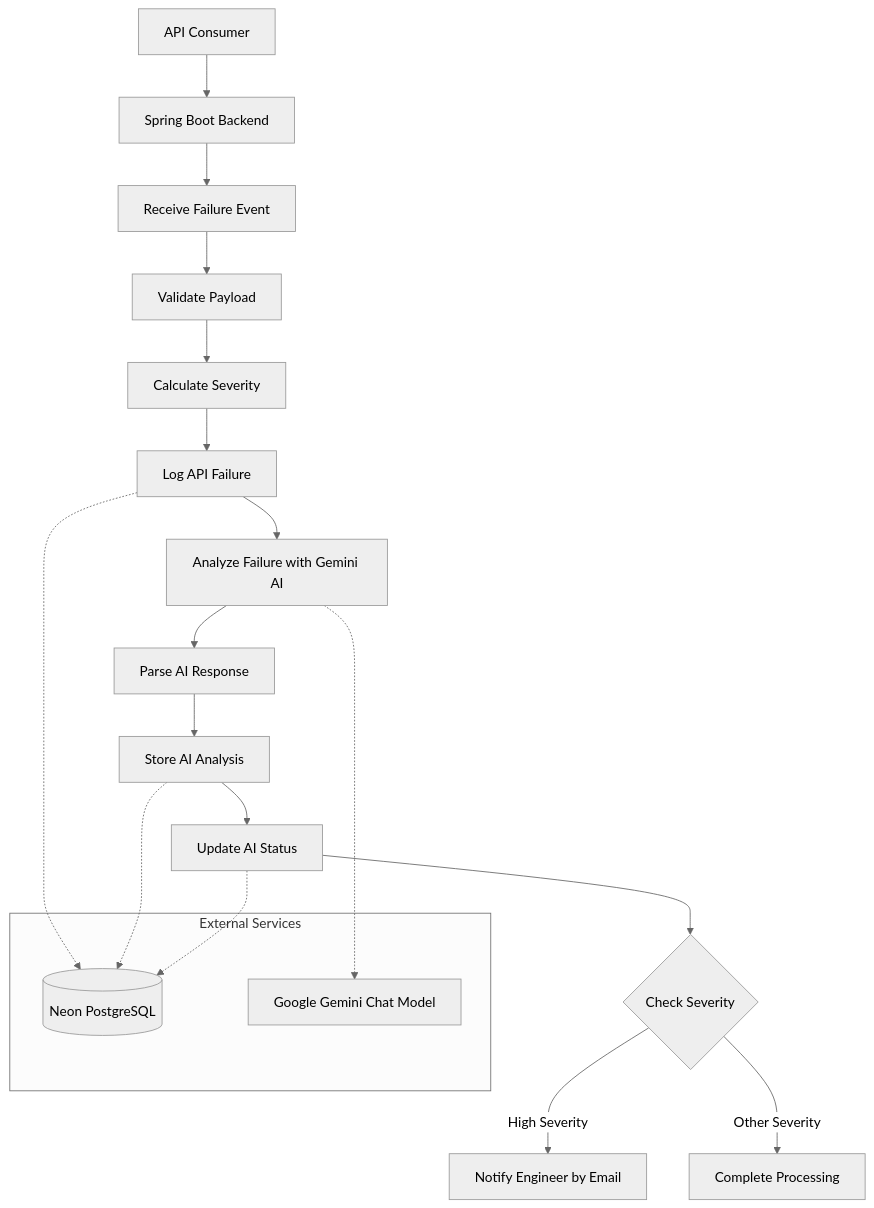
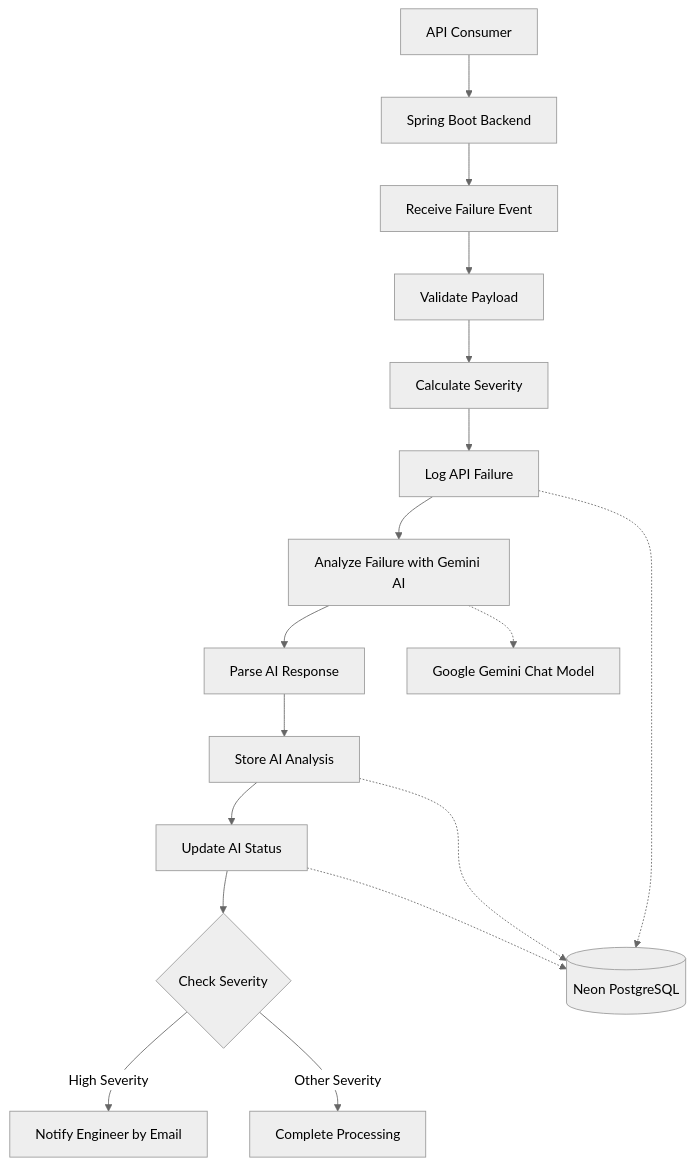
The diagram in docs/phase2/architecture.md (FarhaSerinNaaz/DevStream), drawn with Mermaid (neutral theme) before and after one commit.

Commit message:
Refactor architecture diagram by removing subgraph
Removed subgraph for external services in architecture diagram.

````diff
--- a/docs/phase2/architecture.md
+++ b/docs/phase2/architecture.md
@@ -39,26 +39,24 @@
 ```mermaid
 flowchart TB
     A[API Consumer] --> B[Spring Boot Backend]
     B --> C[Receive Failure Event]
     C --> D[Validate Payload]
     D --> E[Calculate Severity]
     E --> F[Log API Failure]
     F --> G[Analyze Failure with Gemini AI]
     G --> H[Parse AI Response]
     H --> I[Store AI Analysis]
     I --> J[Update AI Status]
     J --> K{Check Severity}
 
     K -->|High Severity| L[Notify Engineer by Email]
     K -->|Other Severity| M[Complete Processing]
 
-    subgraph EXT["External Services"]
-        N[(Neon PostgreSQL)]
-        O[Google Gemini Chat Model]
-    end
+    N[(Neon PostgreSQL)]
+    O[Google Gemini Chat Model]
 
     F -.-> N
     I -.-> N
     J -.-> N
     G -.-> O
 ```
````
